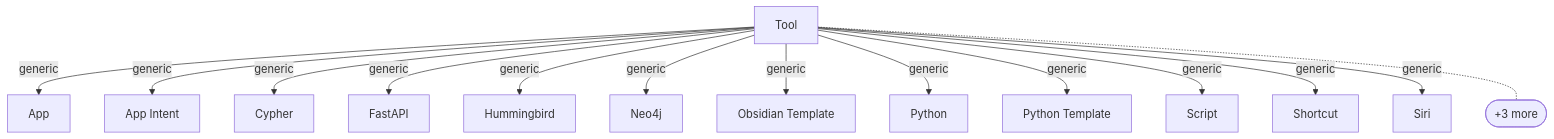
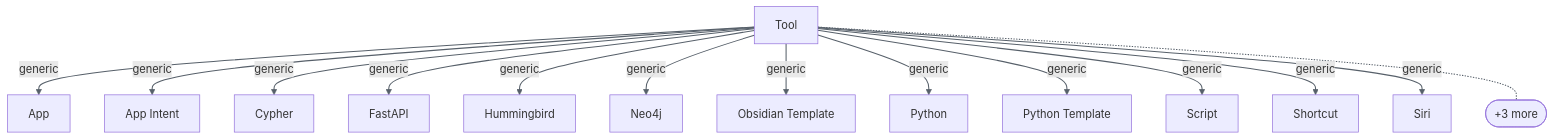
One commit to dpw67/pkm changed the ninth of 9 diagrams in vocab/browse/map.md. Above: the diagram before and after it, drawn with Mermaid. The commit also changed other lines of this file and 3 other files, not shown here.

````diff
--- a/vocab/browse/map.md
+++ b/vocab/browse/map.md
@@ -345,30 +369,31 @@
 ```mermaid
 graph TD
   Tool["Tool"]
   App["App"]
   Tool -->|generic| App
   AppIntent["App Intent"]
   Tool -->|generic| AppIntent
   Cypher["Cypher"]
   Tool -->|generic| Cypher
   FastAPI["FastAPI"]
   Tool -->|generic| FastAPI
   Hummingbird["Hummingbird"]
   Tool -->|generic| Hummingbird
   Neo4j["Neo4j"]
   Tool -->|generic| Neo4j
   ObsidianTemplate["Obsidian Template"]
   Tool -->|generic| ObsidianTemplate
   Python["Python"]
   Tool -->|generic| Python
   PythonTemplate["Python Template"]
   Tool -->|generic| PythonTemplate
   Script["Script"]
   Tool -->|generic| Script
   Shortcut["Shortcut"]
   Tool -->|generic| Shortcut
   Siri["Siri"]
   Tool -->|generic| Siri
   Tool__rest(["+3 more"])
   Tool -.- Tool__rest
+  linkStyle default stroke:#57606a,stroke-width:1.5px
 ```
````
